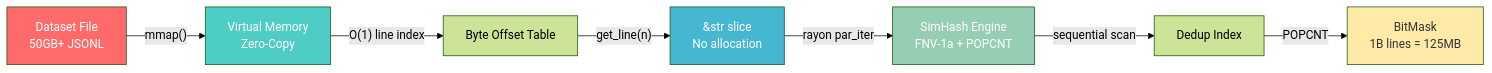
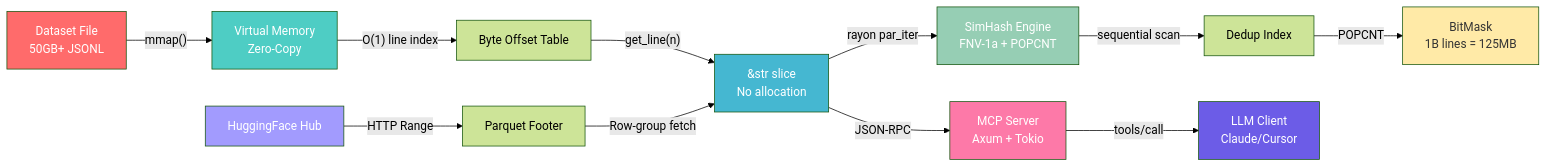
One commit to rouapps/caret changed the diagram in README.md. Above: the diagram before and after it, drawn with Mermaid (forest theme). The commit also changed other lines of this file and 7 other files, not shown here.

First line of the commit message:
feat: release v0.4.0 with MCP server and Hugging Face streaming capabilities

````diff
--- a/README.md
+++ b/README.md
@@ -87,15 +152,24 @@
 ```mermaid
 graph LR
     A["Dataset File<br/>50GB+ JSONL"] -->|"mmap()"| B["Virtual Memory<br/>Zero-Copy"]
     B -->|"O(1) line index"| C["Byte Offset Table"]
     C -->|"get_line(n)"| D["&str slice<br/>No allocation"]
     D -->|"rayon par_iter"| E["SimHash Engine<br/>FNV-1a + POPCNT"]
     E -->|"sequential scan"| F["Dedup Index"]
     F -->|"POPCNT"| G["BitMask<br/>1B lines = 125MB"]
 
+    H["HuggingFace Hub"] -->|"HTTP Range"| I["Parquet Footer"]
+    I -->|"Row-group fetch"| D
+
+    D -->|"JSON-RPC"| J["MCP Server<br/>Axum + Tokio"]
+    J -->|"tools/call"| K["LLM Client<br/>Claude/Cursor"]
+
     style A fill:#ff6b6b,color:#fff
     style B fill:#4ecdc4,color:#fff
     style D fill:#45b7d1,color:#fff
     style E fill:#96ceb4,color:#fff
     style G fill:#ffeaa7,color:#333
+    style H fill:#a29bfe,color:#fff
+    style J fill:#fd79a8,color:#fff
+    style K fill:#6c5ce7,color:#fff
 ```
````
